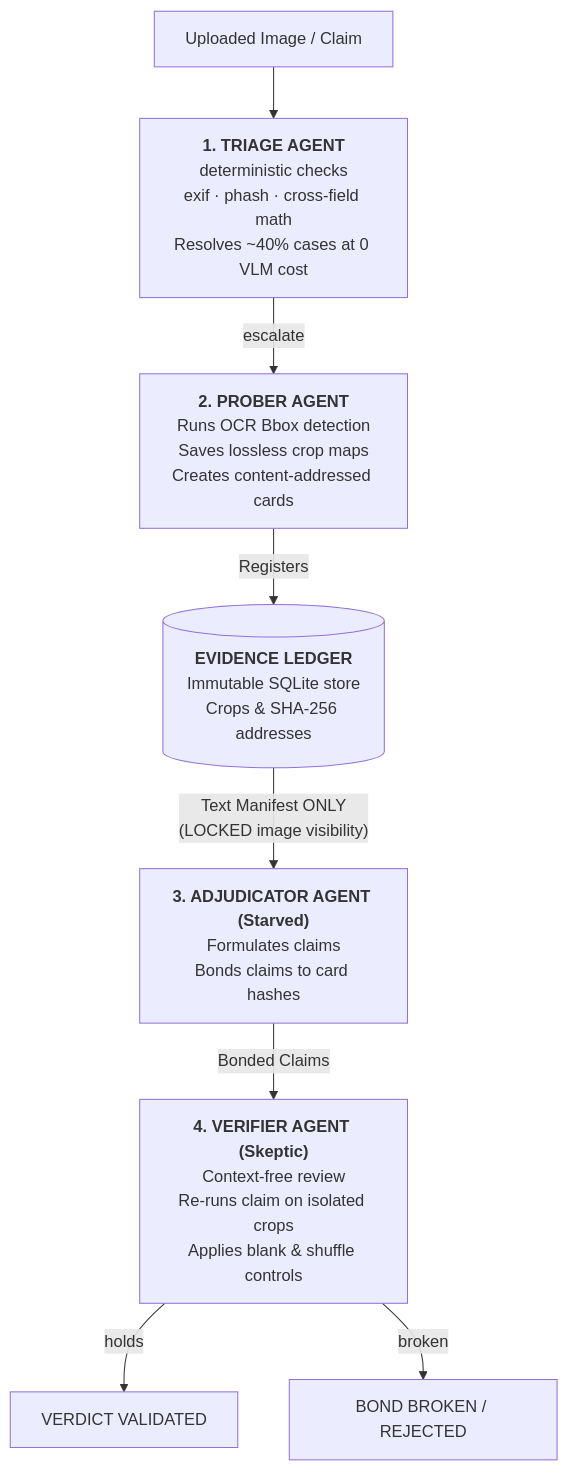
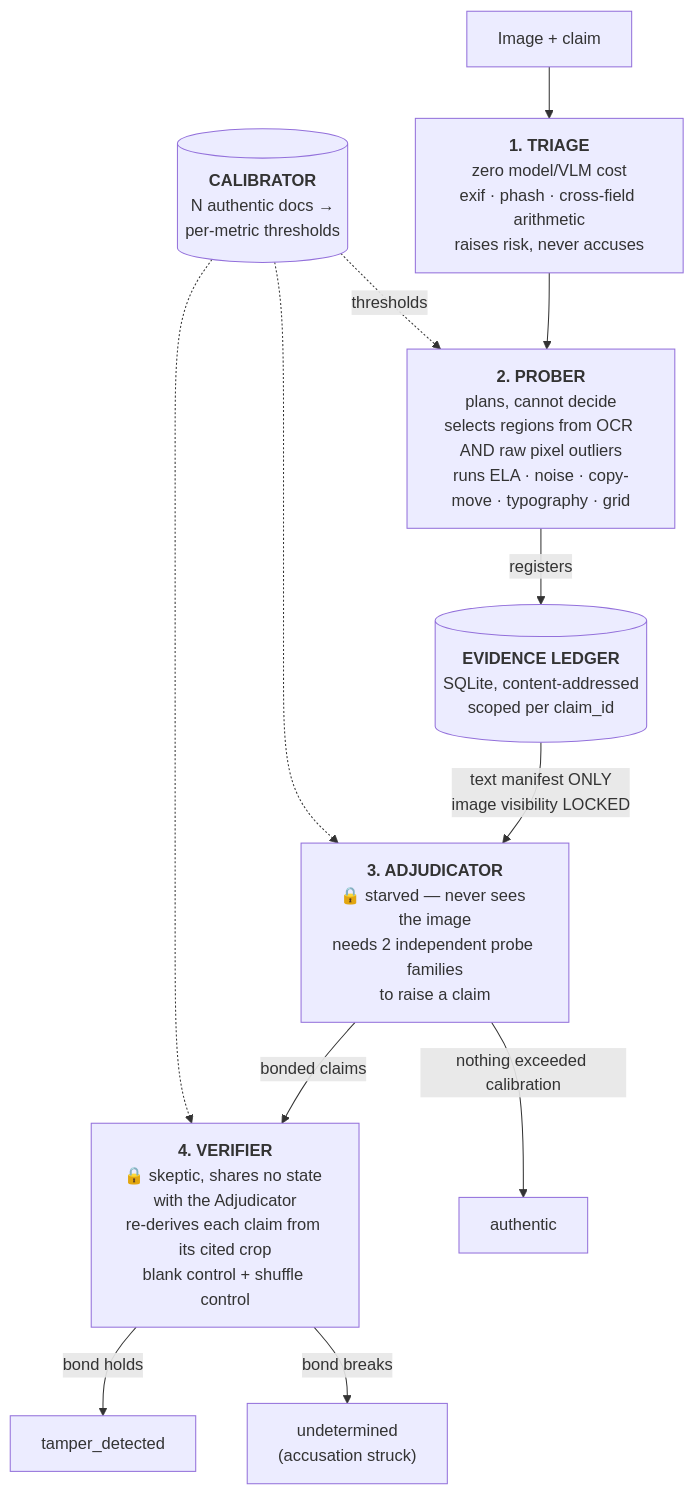
One commit to Cubix33/verdict changed the diagram in README.md. Above: the diagram before and after it, drawn with Mermaid. The commit also changed other lines of this file and 41 other files, not shown here.

````diff
--- a/README.md
+++ b/README.md
@@ -20,20 +46,25 @@
 ```mermaid
 flowchart TD
-    IN["Uploaded Image / Claim"] --> TRIAGE
-    
-    TRIAGE["<b>1. TRIAGE AGENT</b><br/>deterministic checks<br/>exif · phash · cross-field math<br/>Resolves ~40% cases at 0 VLM cost"]
-    TRIAGE -->|"escalate"| PROBER
-    
-    PROBER["<b>2. PROBER AGENT</b><br/>Runs OCR Bbox detection<br/>Saves lossless crop maps<br/>Creates content-addressed cards"]
-    PROBER -->|"Registers"| LEDGER[("<b>EVIDENCE LEDGER</b><br/>Immutable SQLite store<br/>Crops & SHA-256 addresses")]
-    
-    LEDGER -->|"Text Manifest ONLY<br/>(LOCKED image visibility)"| ADJ
-    
-    ADJ["<b>3. ADJUDICATOR AGENT (Starved)</b><br/>Formulates claims<br/>Bonds claims to card hashes"]
-    ADJ -->|"Bonded Claims"| VER
-    
-    VER["<b>4. VERIFIER AGENT (Skeptic)</b><br/>Context-free review<br/>Re-runs claim on isolated crops<br/>Applies blank & shuffle controls"]
-    
-    VER -->|"holds"| ACCEPT["VERDICT VALIDATED"]
-    VER -->|"broken"| REJECT["BOND BROKEN / REJECTED"]
+    IN["Image + claim"] --> TRIAGE
+
+    TRIAGE["<b>1. TRIAGE</b><br/>zero model/VLM cost<br/>exif · phash · cross-field arithmetic<br/>raises risk, never accuses"]
+    TRIAGE --> PROBER
+
+    PROBER["<b>2. PROBER</b><br/>plans, cannot decide<br/>selects regions from OCR AND raw pixel outliers<br/>runs ELA · noise · copy-move · typography · grid"]
+    PROBER -->|registers| LEDGER[("<b>EVIDENCE LEDGER</b><br/>SQLite, content-addressed<br/>scoped per claim_id")]
+
+    LEDGER -->|"text manifest ONLY<br/>image visibility LOCKED"| ADJ
+
+    ADJ["<b>3. ADJUDICATOR</b><br/>🔒 starved — never sees the image<br/>needs 2 independent probe families<br/>to raise a claim"]
+    ADJ -->|bonded claims| VER
+
+    VER["<b>4. VERIFIER</b><br/>🔒 skeptic, shares no state with the Adjudicator<br/>re-derives each claim from its cited crop<br/>blank control + shuffle control"]
+
+    CAL[("<b>CALIBRATOR</b><br/>N authentic docs →<br/>per-metric thresholds")] -.thresholds.-> PROBER
+    CAL -.-> ADJ
+    CAL -.-> VER
+
+    VER -->|bond holds| ACCEPT["tamper_detected"]
+    VER -->|bond breaks| REJECT["undetermined<br/>(accusation struck)"]
+    ADJ -->|nothing exceeded calibration| CLEAN["authentic"]
 ```
````
